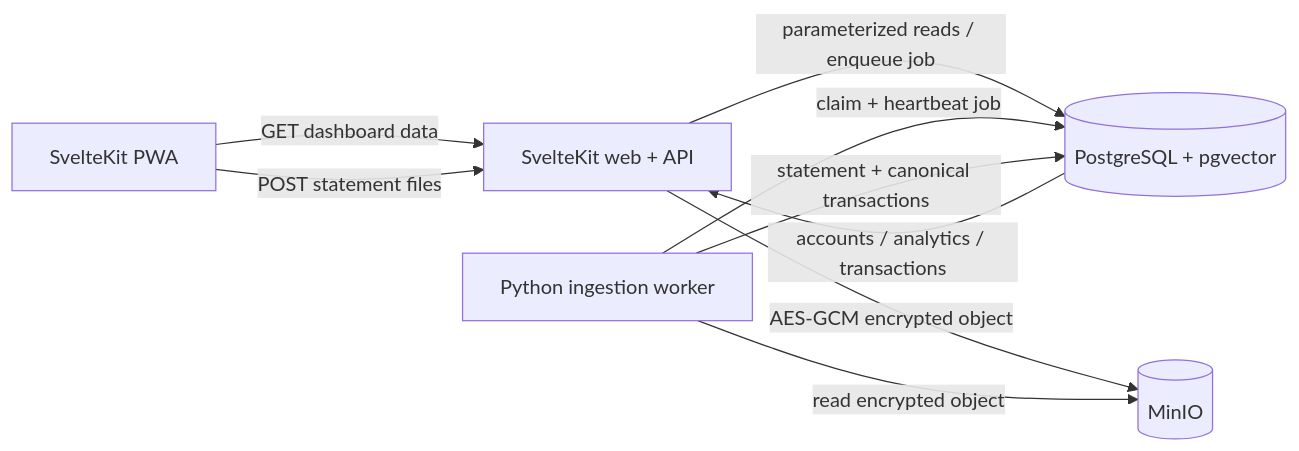
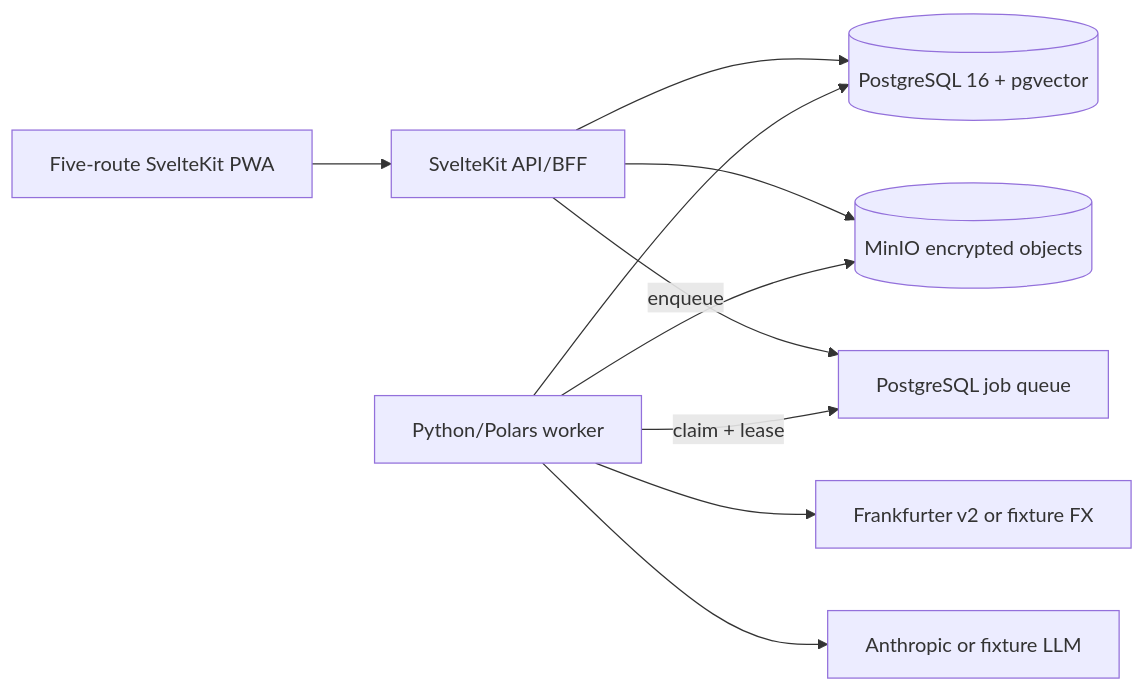
One commit to Shady-C/ledger changed the diagram in docs/CODEBASE_HANDOFF.md. Above: the diagram before and after it, drawn with Mermaid. The commit also changed other lines of this file and 10 other files, not shown here.

````diff
--- a/docs/CODEBASE_HANDOFF.md
+++ b/docs/CODEBASE_HANDOFF.md
@@ -32,11 +34,12 @@
 ```mermaid
 flowchart LR
-    Browser["SvelteKit PWA"] -->|"GET dashboard data"| Web["SvelteKit web + API"]
-    Browser -->|"POST statement files"| Web
-    Web -->|"parameterized reads / enqueue job"| PG[("PostgreSQL + pgvector")]
-    Web -->|"AES-GCM encrypted object"| MinIO[("MinIO")]
-    Worker["Python ingestion worker"] -->|"claim + heartbeat job"| PG
-    Worker -->|"read encrypted object"| MinIO
-    Worker -->|"statement + canonical transactions"| PG
-    PG -->|"accounts / analytics / transactions"| Web
+    Browser["Five-route SvelteKit PWA"] --> Web["SvelteKit API/BFF"]
+    Web --> PG[("PostgreSQL 16 + pgvector")]
+    Web --> MinIO[("MinIO encrypted objects")]
+    Web -->|"enqueue"| Jobs["PostgreSQL job queue"]
+    Worker["Python/Polars worker"] -->|"claim + lease"| Jobs
+    Worker --> MinIO
+    Worker --> PG
+    Worker --> FX["Frankfurter v2 or fixture FX"]
+    Worker --> AI["Anthropic or fixture LLM"]
 ```
````
